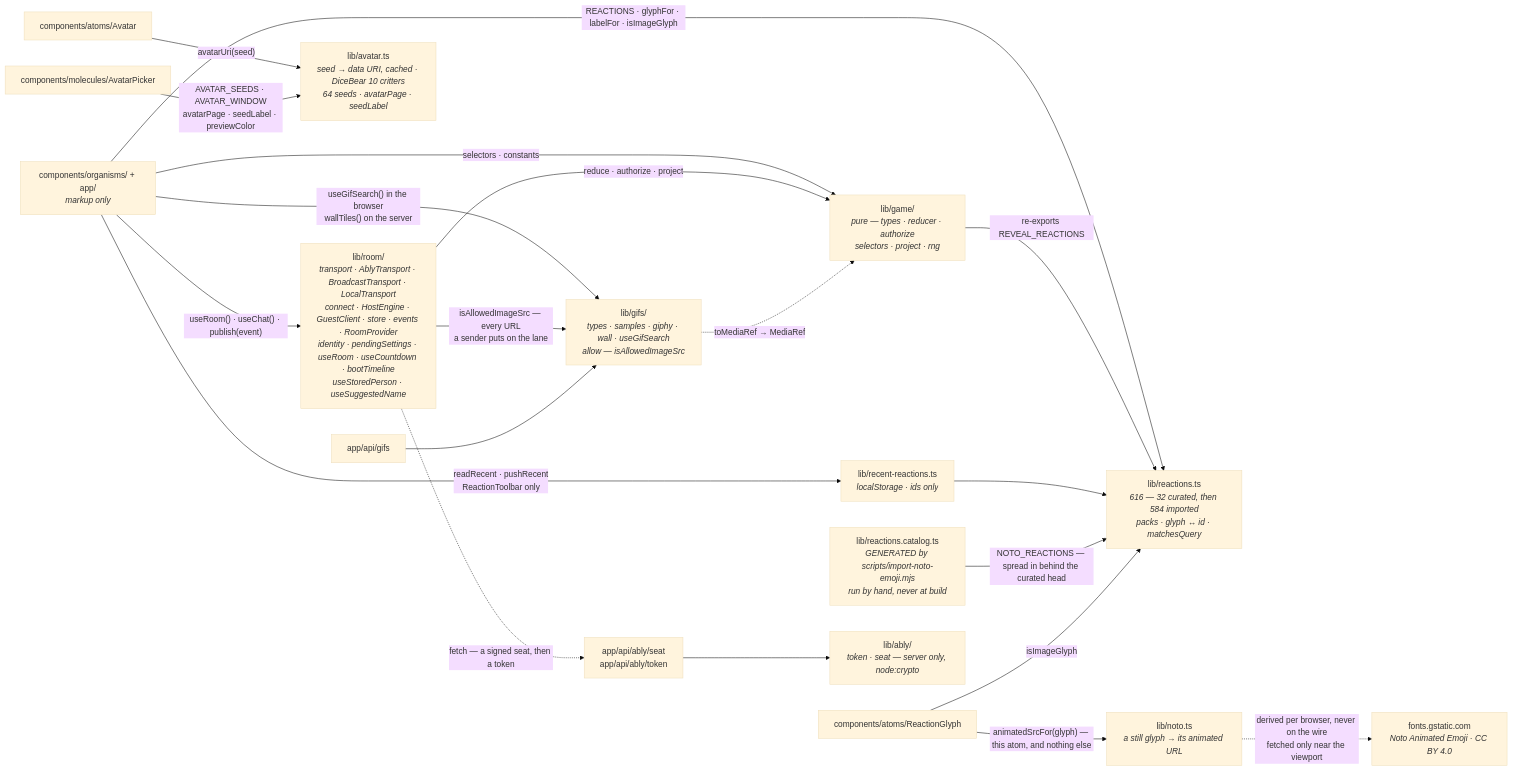
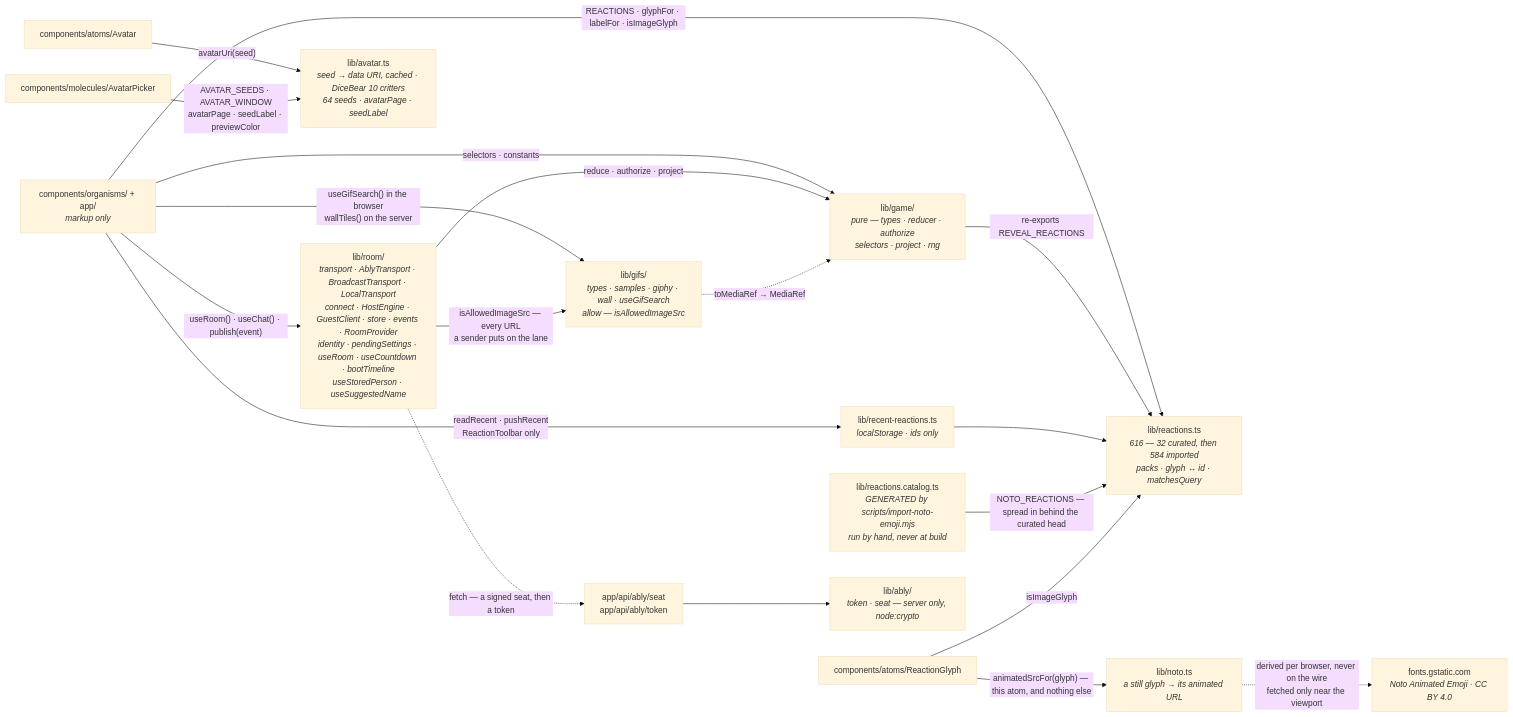
The second of 12 diagrams in docs/architecture.md (Jmeza081/captionist), drawn with Mermaid (base theme) before and after one commit. The commit also changed other lines of this file and 47 other files, not shown here.

````diff
--- a/docs/architecture.md
+++ b/docs/architecture.md
@@ -726,38 +730,36 @@
 ```mermaid
 graph LR
   U["components/organisms/ + app/<br/><i>markup only</i>"]
   R["lib/room/<br/><i>transport · AblyTransport · BroadcastTransport · LocalTransport<br/>connect · HostEngine · GuestClient · store · events · RoomProvider<br/>identity · pendingSettings · useRoom · useCountdown · bootTimeline<br/>useStoredPerson · useSuggestedName</i>"]
   G["lib/game/<br/><i>pure — types · reducer · authorize<br/>selectors · project · rng</i>"]
   F["lib/gifs/<br/><i>types · samples · giphy · wall · useGifSearch<br/>allow — isAllowedImageSrc</i>"]
   AV["lib/avatar.ts<br/><i>seed → data URI, cached · DiceBear 10 critters<br/>64 seeds · avatarPage · seedLabel</i>"]
   RX["lib/reactions.ts<br/><i>616 — 32 curated, then 584 imported<br/>packs · glyph ↔ id · matchesQuery</i>"]
   CAT["lib/reactions.catalog.ts<br/><i>GENERATED by scripts/import-noto-emoji.mjs<br/>run by hand, never at build</i>"]
   NO["lib/noto.ts<br/><i>a still glyph → its animated URL</i>"]
   GST["fonts.gstatic.com<br/><i>Noto Animated Emoji · CC BY 4.0</i>"]
   RC["lib/recent-reactions.ts<br/><i>localStorage · ids only</i>"]
   AT["components/atoms/Avatar"]
   PK["components/molecules/AvatarPicker"]
   GL["components/atoms/ReactionGlyph"]
-  API["app/api/gifs"]
   TKR["app/api/ably/seat<br/>app/api/ably/token"]
   ABL["lib/ably/<br/><i>token · seat — server only, node:crypto</i>"]
   U -->|"useRoom() · useChat() · publish(event)"| R
   U -->|"REACTIONS · glyphFor · labelFor · isImageGlyph"| RX
   U -->|"readRecent · pushRecent<br/>ReactionToolbar only"| RC
   U -->|"useGifSearch() in the browser<br/>wallTiles() on the server"| F
   U -->|"selectors · constants"| G
   AT -->|"avatarUri(seed)"| AV
   PK -->|"AVATAR_SEEDS · AVATAR_WINDOW<br/>avatarPage · seedLabel · previewColor"| AV
   R -->|"reduce · authorize · project"| G
   R -->|"isAllowedImageSrc — every URL<br/>a sender puts on the lane"| F
   G -->|"re-exports REVEAL_REACTIONS"| RX
   RC --> RX
   CAT -->|"NOTO_REACTIONS — spread in behind the curated head"| RX
   GL -->|"isImageGlyph"| RX
   GL -->|"animatedSrcFor(glyph) — this atom, and nothing else"| NO
   NO -.->|"derived per browser, never on the wire<br/>fetched only near the viewport"| GST
   R -.->|"fetch — a signed seat, then a token"| TKR
-  API --> F
   TKR --> ABL
   F -.->|"toMediaRef → MediaRef"| G
 ```
````
